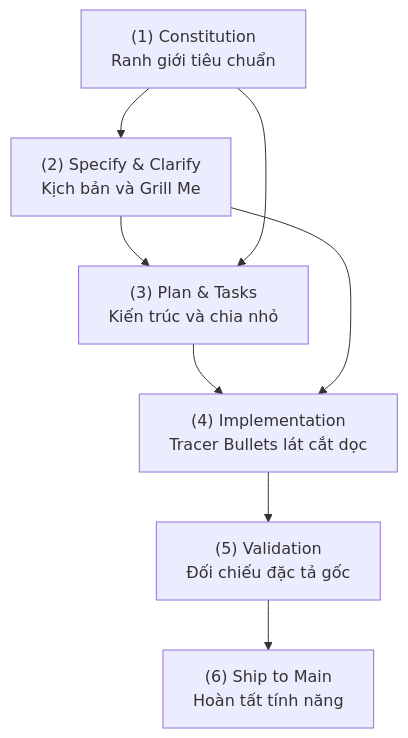
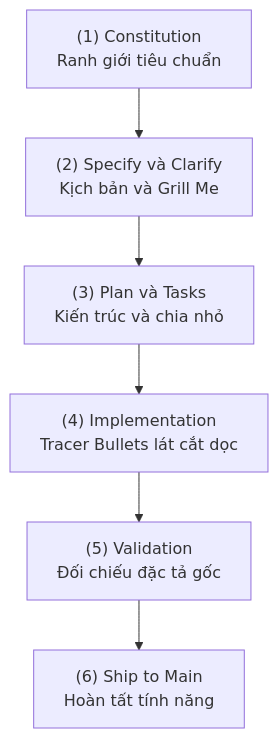
One commit to nguyengoctin/my_website changed the fourth of 6 diagrams in content/posts/ky-nghe-phan-mem-ban-dia-ai-va-5-bai-hoc-lam-chu-ai-agents.md. Above: the diagram before and after it, drawn with Mermaid. The commit also changed other lines of this file and 19 other files, not shown here.

Commit message:
chore: implement Mermaid best-practice audit script, apply auto-fixes to posts, and adjust rendering configurations

````diff
--- a/content/posts/ky-nghe-phan-mem-ban-dia-ai-va-5-bai-hoc-lam-chu-ai-agents.md
+++ b/content/posts/ky-nghe-phan-mem-ban-dia-ai-va-5-bai-hoc-lam-chu-ai-agents.md
@@ -123,16 +120,14 @@
 ```mermaid
 flowchart TD
     Const["(1) Constitution<br/>Ranh giới tiêu chuẩn"]
-    Spec["(2) Specify & Clarify<br/>Kịch bản và Grill Me"]
-    Plan["(3) Plan & Tasks<br/>Kiến trúc và chia nhỏ"]
+    Spec["(2) Specify và Clarify<br/>Kịch bản và Grill Me"]
+    Plan["(3) Plan và Tasks<br/>Kiến trúc và chia nhỏ"]
     Impl["(4) Implementation<br/>Tracer Bullets lát cắt dọc"]
     Validate["(5) Validation<br/>Đối chiếu đặc tả gốc"]
     Merge["(6) Ship to Main<br/>Hoàn tất tính năng"]
     Const --> Spec
     Spec --> Plan
     Plan --> Impl
     Impl --> Validate
     Validate --> Merge
-    Const --> Plan
-    Spec --> Impl
 ```
````
